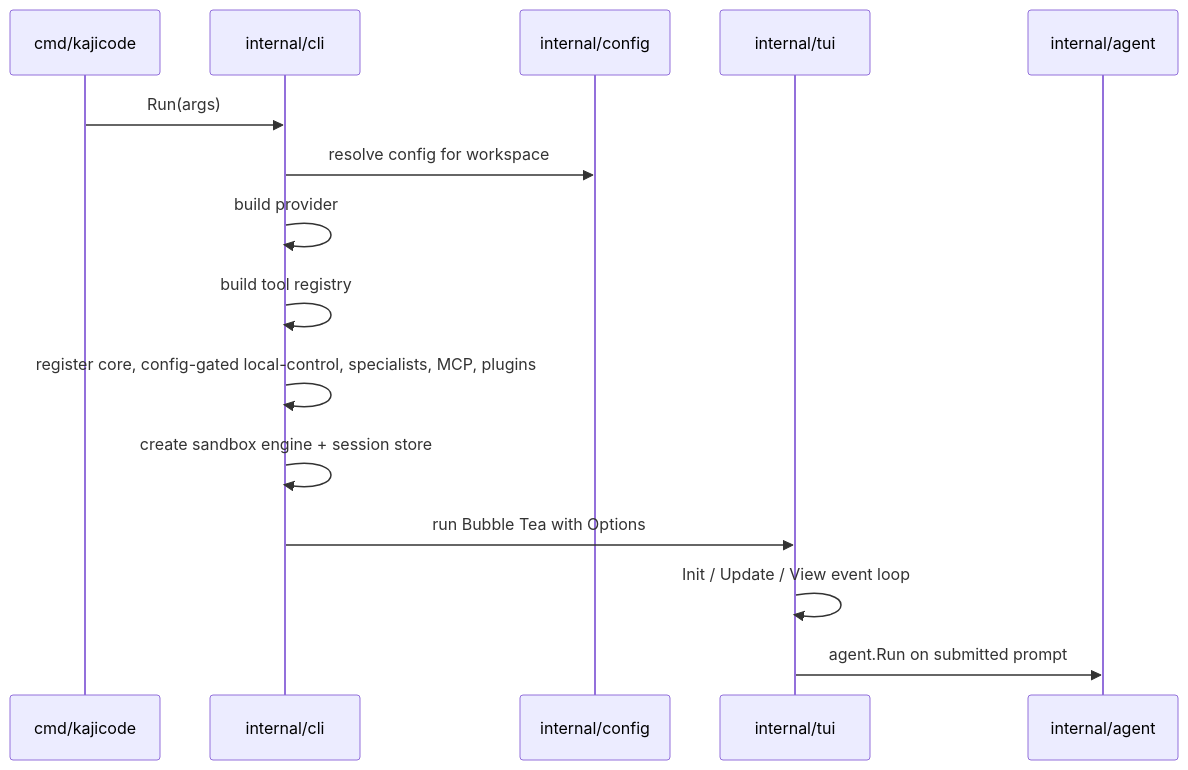
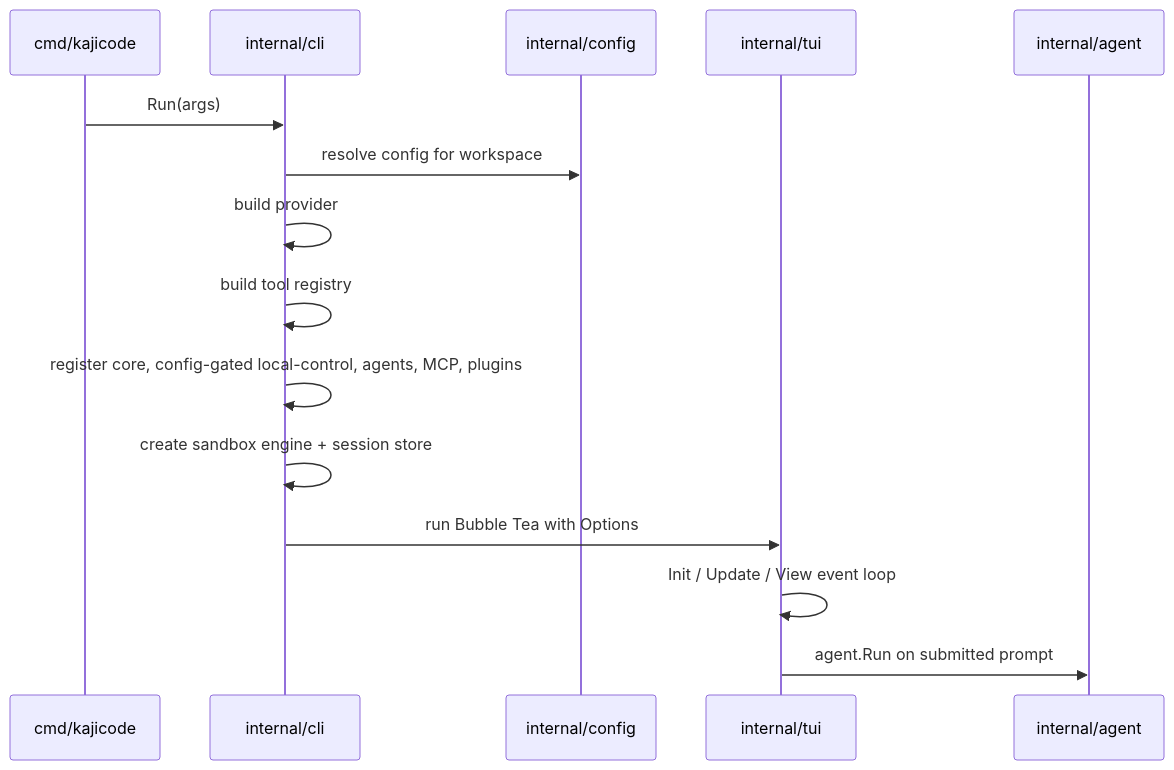
One commit to dishant0406/KajiCode changed the third of 16 diagrams in docs/HOW_KAJICODE_WORKS.md. Above: the diagram before and after it, drawn with Mermaid. The commit also changed other lines of this file and 136 other files, not shown here.

````diff
--- a/docs/HOW_KAJICODE_WORKS.md
+++ b/docs/HOW_KAJICODE_WORKS.md
@@ -145,18 +145,18 @@
 ```mermaid
 sequenceDiagram
     participant Main as cmd/kajicode
     participant CLI as internal/cli
     participant Config as internal/config
     participant TUI as internal/tui
     participant Agent as internal/agent
 
     Main->>CLI: Run(args)
     CLI->>Config: resolve config for workspace
     CLI->>CLI: build provider
     CLI->>CLI: build tool registry
-    CLI->>CLI: register core, config-gated local-control, specialists, MCP, plugins
+    CLI->>CLI: register core, config-gated local-control, agents, MCP, plugins
     CLI->>CLI: create sandbox engine + session store
     CLI->>TUI: run Bubble Tea with Options
     TUI->>TUI: Init / Update / View event loop
     TUI->>Agent: agent.Run on submitted prompt
 ```
````
